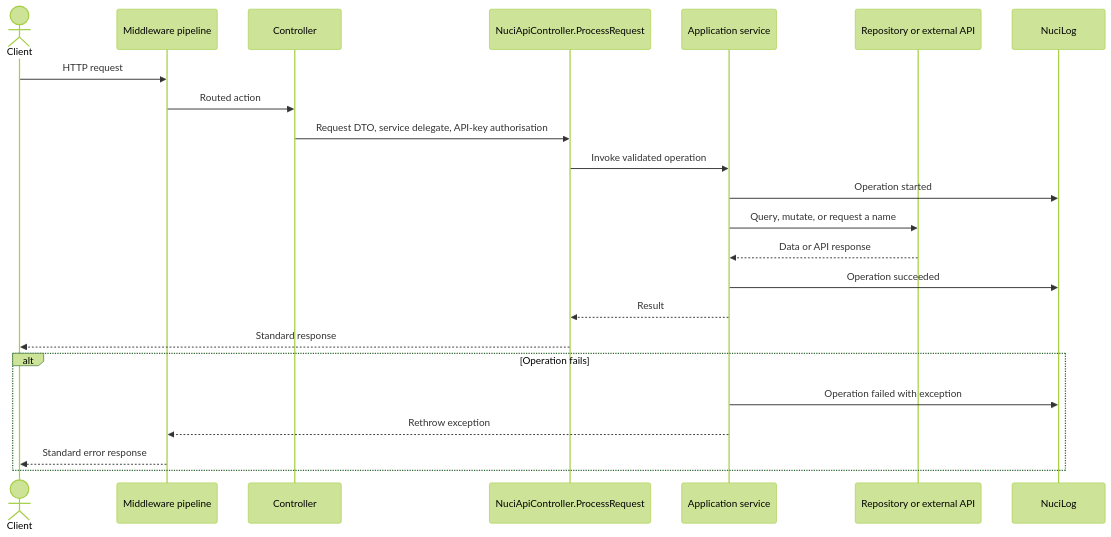
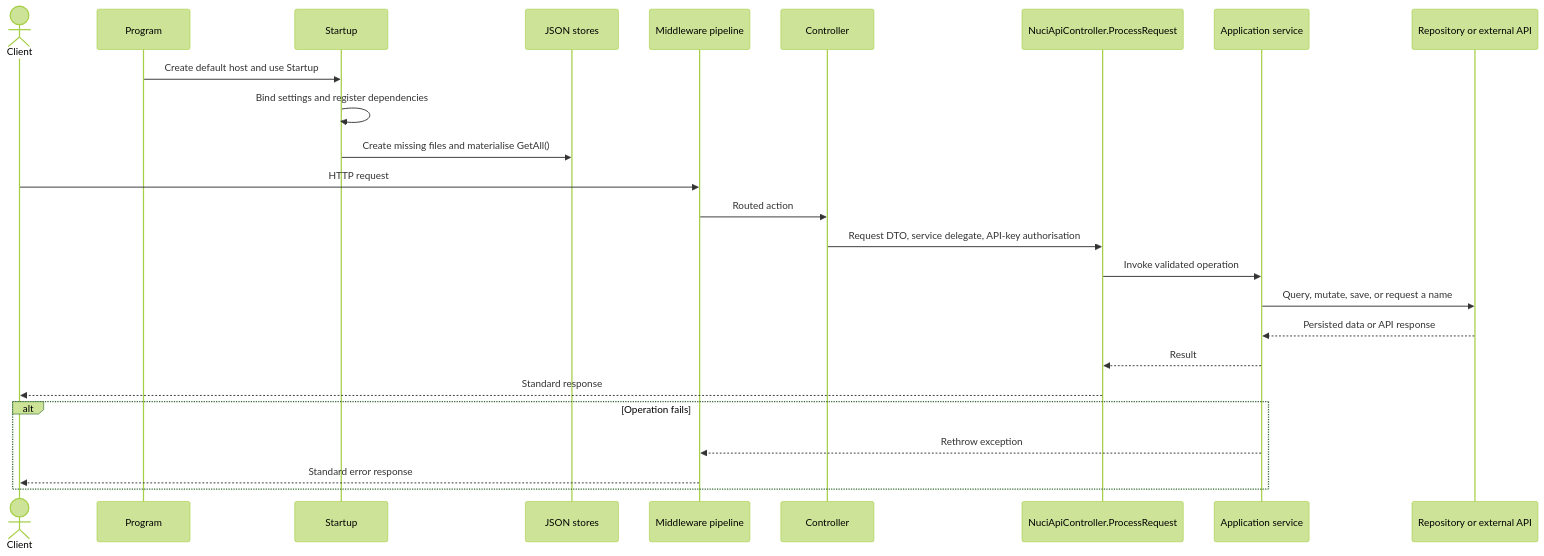
One commit to hmlendea/nucicraft-api changed the third of 7 diagrams in ARCHITECTURE.md. Above: the diagram before and after it, drawn with Mermaid (forest theme). The commit also changed other lines of this file and 1 other file, not shown here.

Commit message:
architecture: Updated md

````diff
--- a/ARCHITECTURE.md
+++ b/ARCHITECTURE.md
@@ -92,27 +99,29 @@
 ```mermaid
 sequenceDiagram
     actor Client
+    participant Program
+    participant Startup
+    participant Stores as JSON stores
     participant Pipeline as Middleware pipeline
     participant Controller
     participant Processor as NuciApiController.ProcessRequest
     participant Service as Application service
     participant Dependency as Repository or external API
-    participant Logger as NuciLog
 
+    Program->>Startup: Create default host and use Startup
+    Startup->>Startup: Bind settings and register dependencies
+    Startup->>Stores: Create missing files and materialise GetAll()
     Client->>Pipeline: HTTP request
     Pipeline->>Controller: Routed action
     Controller->>Processor: Request DTO, service delegate, API-key authorisation
     Processor->>Service: Invoke validated operation
-    Service->>Logger: Operation started
-    Service->>Dependency: Query, mutate, or request a name
-    Dependency-->>Service: Data or API response
-    Service->>Logger: Operation succeeded
+    Service->>Dependency: Query, mutate, save, or request a name
+    Dependency-->>Service: Persisted data or API response
     Service-->>Processor: Result
     Processor-->>Client: Standard response
 
     alt Operation fails
-        Service->>Logger: Operation failed with exception
         Service-->>Pipeline: Rethrow exception
         Pipeline-->>Client: Standard error response
     end
 ```
````
